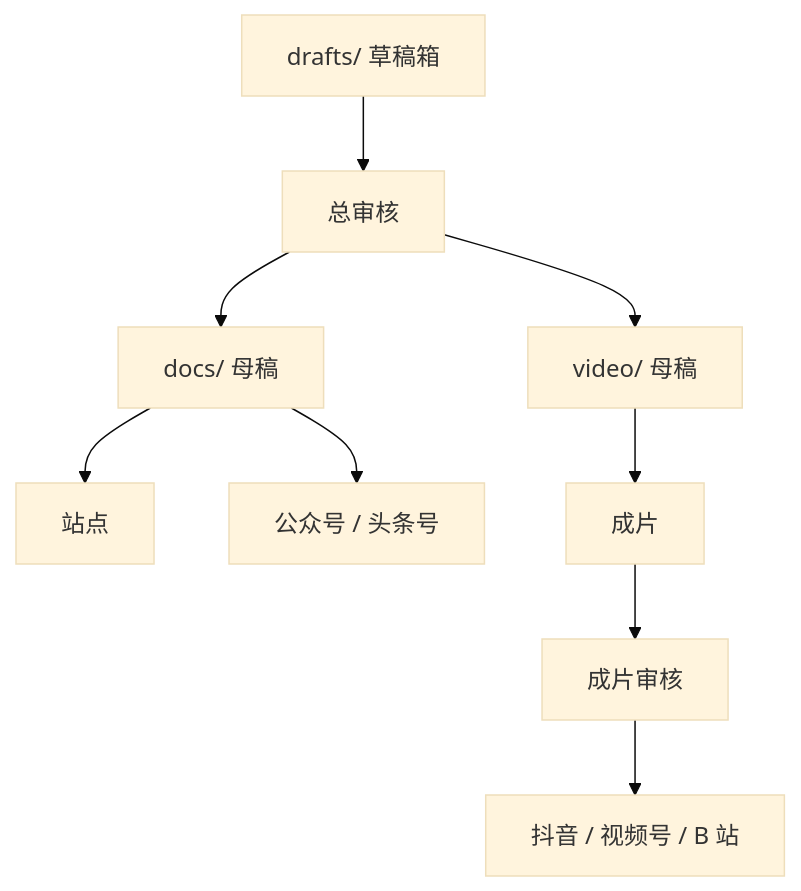
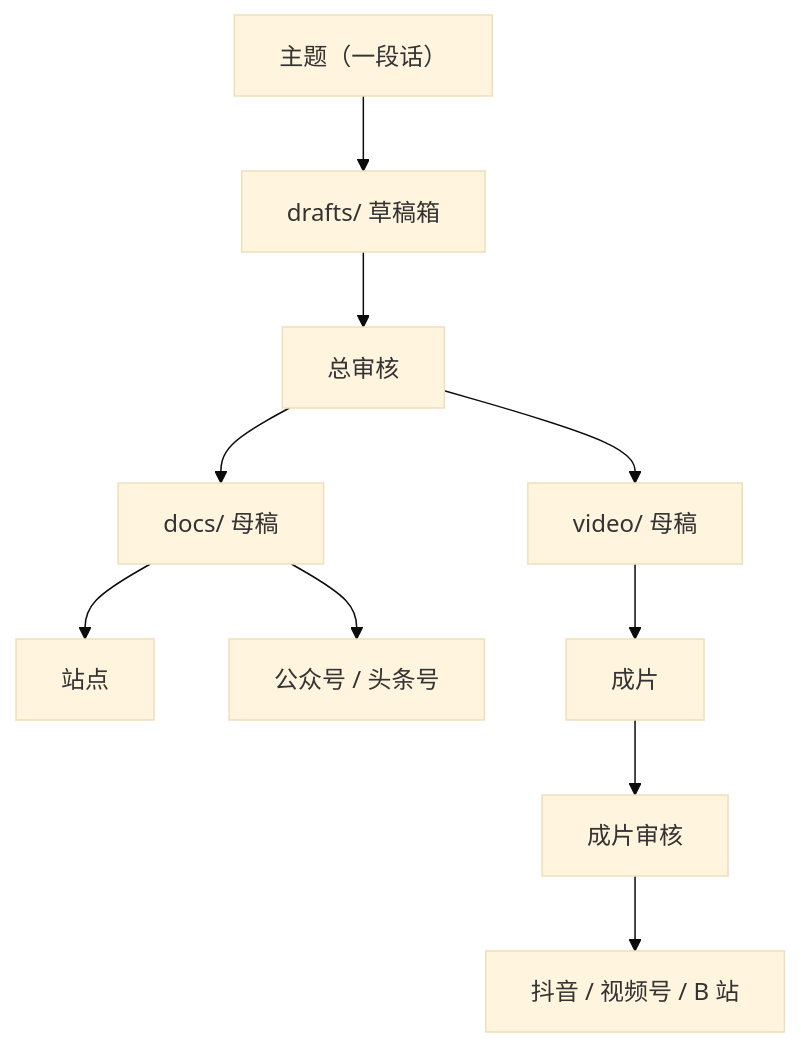
The diagram in docs/platform-meta/platform-overview/two-pipelines-one-draft-box.md (growdu/aiv), drawn with Mermaid (base theme) before and after one commit. The commit also changed other lines of this file and 4 other files, not shown here.

````diff
--- a/docs/platform-meta/platform-overview/two-pipelines-one-draft-box.md
+++ b/docs/platform-meta/platform-overview/two-pipelines-one-draft-box.md
@@ -30,11 +30,12 @@
 ```mermaid
 flowchart TD
-  D["drafts/ 草稿箱"] --> R["总审核"]
+  T["主题（一段话）"] --> D["drafts/ 草稿箱"]
+  D --> R["总审核"]
   R --> DOC["docs/ 母稿"]
   R --> VID["video/ 母稿"]
   DOC --> SITE["站点"]
   DOC --> TXT["公众号 / 头条号"]
   VID --> EP["成片"]
   EP --> VR["成片审核"]
   VR --> VPL["抖音 / 视频号 / B 站"]
 ```
````
